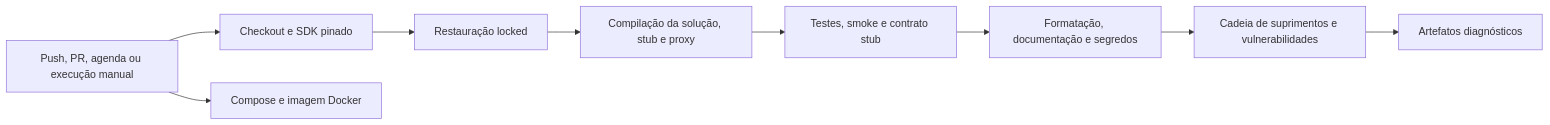
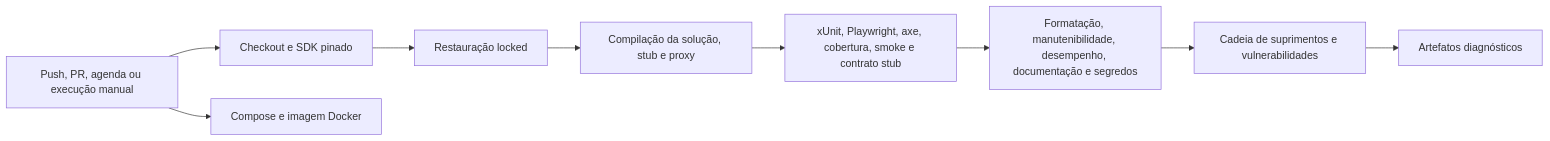
The diagram in docs/ci-cd-quality-gates.md (DanielCosta3415/integracao-controlid-poc), drawn with Mermaid before and after one commit. The commit also changed other lines of this file and 117 other files, not shown here.

````diff
--- a/docs/ci-cd-quality-gates.md
+++ b/docs/ci-cd-quality-gates.md
@@ -188,11 +200,11 @@
 ```mermaid
 flowchart LR
     Event["Push, PR, agenda ou execução manual"] --> Checkout["Checkout e SDK pinado"]
     Checkout --> Restore["Restauração locked"]
     Restore --> Build["Compilação da solução, stub e proxy"]
-    Build --> Tests["Testes, smoke e contrato stub"]
-    Tests --> Quality["Formatação, documentação e segredos"]
+    Build --> Tests["xUnit, Playwright, axe, cobertura, smoke e contrato stub"]
+    Tests --> Quality["Formatação, manutenibilidade, desempenho, documentação e segredos"]
     Quality --> Audit["Cadeia de suprimentos e vulnerabilidades"]
     Audit --> Artifacts["Artefatos diagnósticos"]
     Event --> Container["Compose e imagem Docker"]
 ```
````
